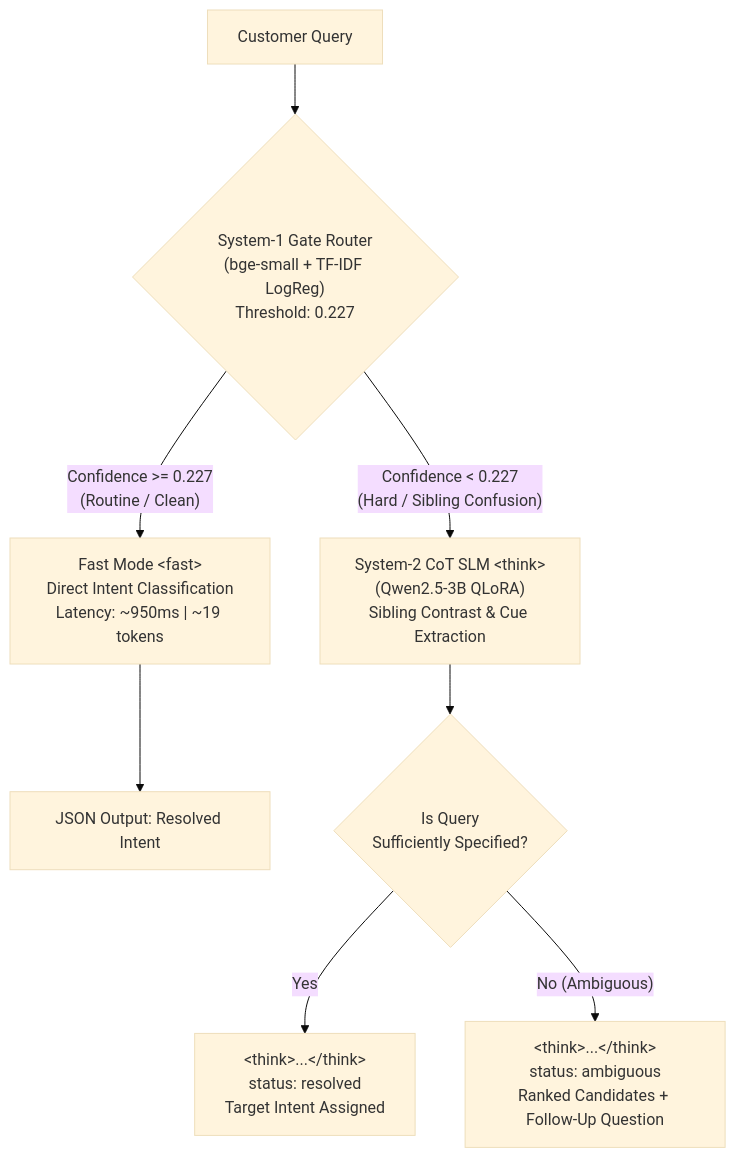
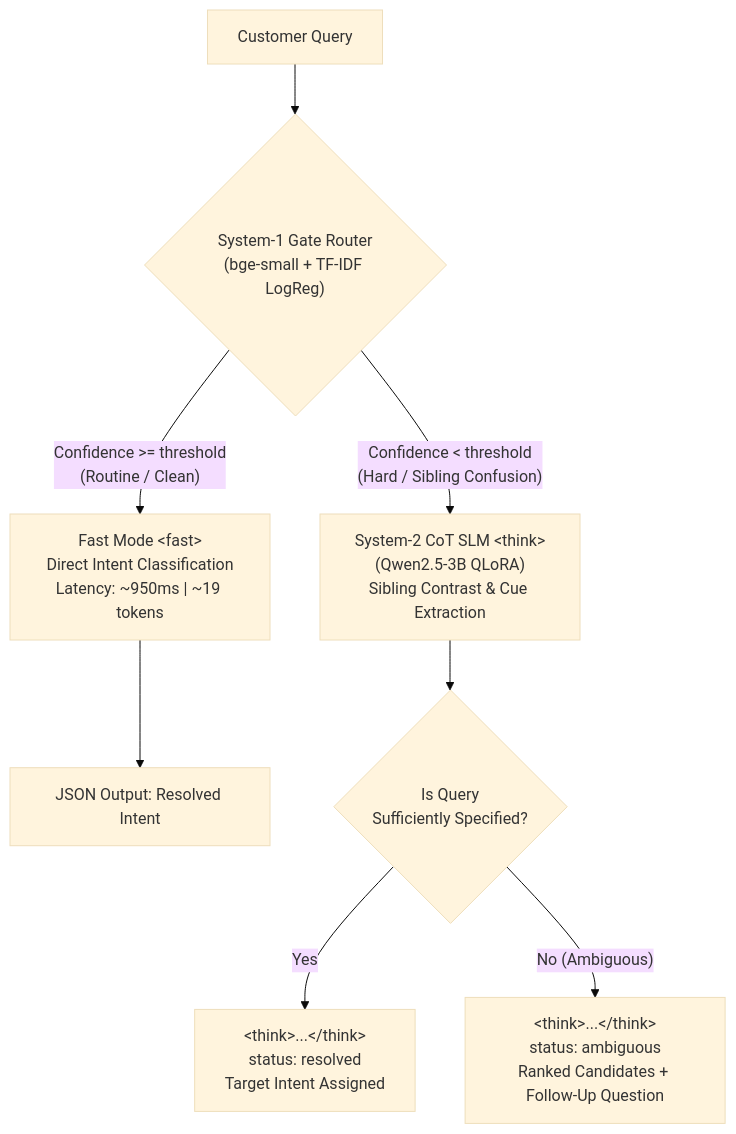
The diagram in README.md (Aho-Bakaa/Banking77), drawn with Mermaid (base theme) before and after one commit.

````diff
--- a/README.md
+++ b/README.md
@@ -20,13 +20,13 @@
 ```mermaid
 flowchart TD
-    UserQuery["Customer Query"] --> System1Gate{"System-1 Gate Router\n(bge-small + TF-IDF LogReg)\nThreshold: 0.227"}
+    UserQuery["Customer Query"] --> System1Gate{"System-1 Gate Router\n(bge-small + TF-IDF LogReg)"}
     
-    System1Gate -- "Confidence >= 0.227\n(Routine / Clean)" --> FastPath["Fast Mode &lt;fast&gt;\nDirect Intent Classification\nLatency: ~950ms | ~19 tokens"]
-    System1Gate -- "Confidence &lt; 0.227\n(Hard / Sibling Confusion)" --> ThinkPath["System-2 CoT SLM &lt;think&gt;\n(Qwen2.5-3B QLoRA)\nSibling Contrast & Cue Extraction"]
+    System1Gate -- "Confidence >= threshold\n(Routine / Clean)" --> FastPath["Fast Mode &lt;fast&gt;\nDirect Intent Classification\nLatency: ~950ms | ~19 tokens"]
+    System1Gate -- "Confidence &lt; threshold\n(Hard / Sibling Confusion)" --> ThinkPath["System-2 CoT SLM &lt;think&gt;\n(Qwen2.5-3B QLoRA)\nSibling Contrast & Cue Extraction"]
     
     FastPath --> DirectResolution["JSON Output: Resolved Intent"]
     
     ThinkPath --> DisambiguationCheck{"Is Query\nSufficiently Specified?"}
     DisambiguationCheck -- "Yes" --> S2Resolved["&lt;think&gt;...&lt;/think&gt;\nstatus: resolved\nTarget Intent Assigned"]
     DisambiguationCheck -- "No (Ambiguous)" --> S2Clarify["&lt;think&gt;...&lt;/think&gt;\nstatus: ambiguous\nRanked Candidates + Follow-Up Question"]
 ```
````
